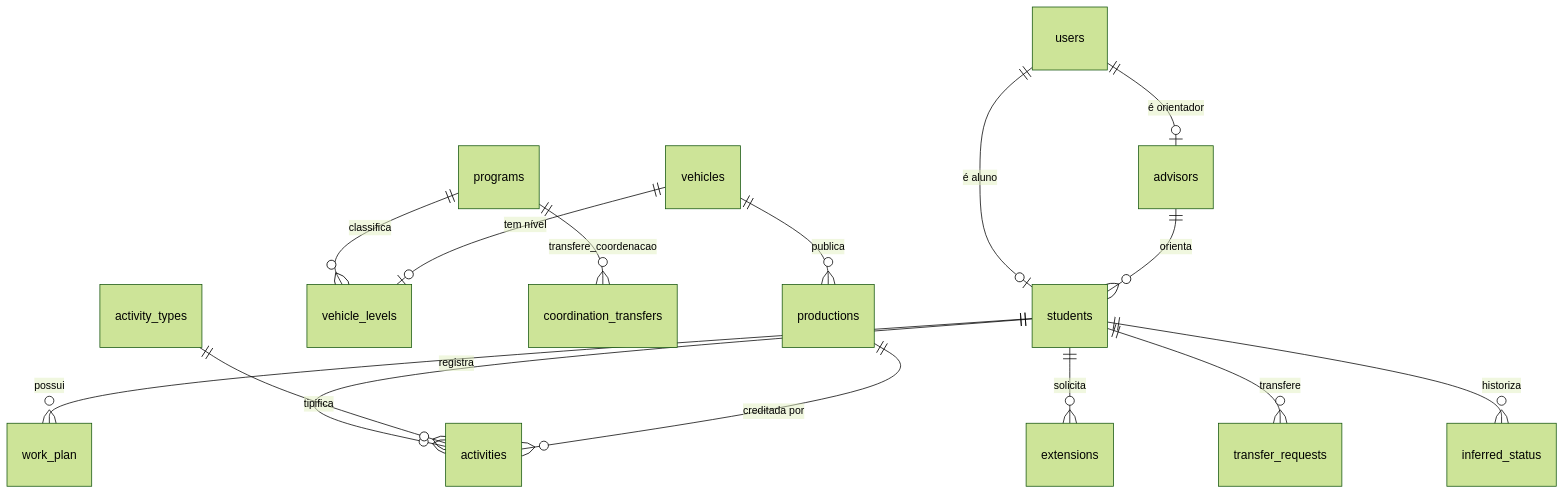
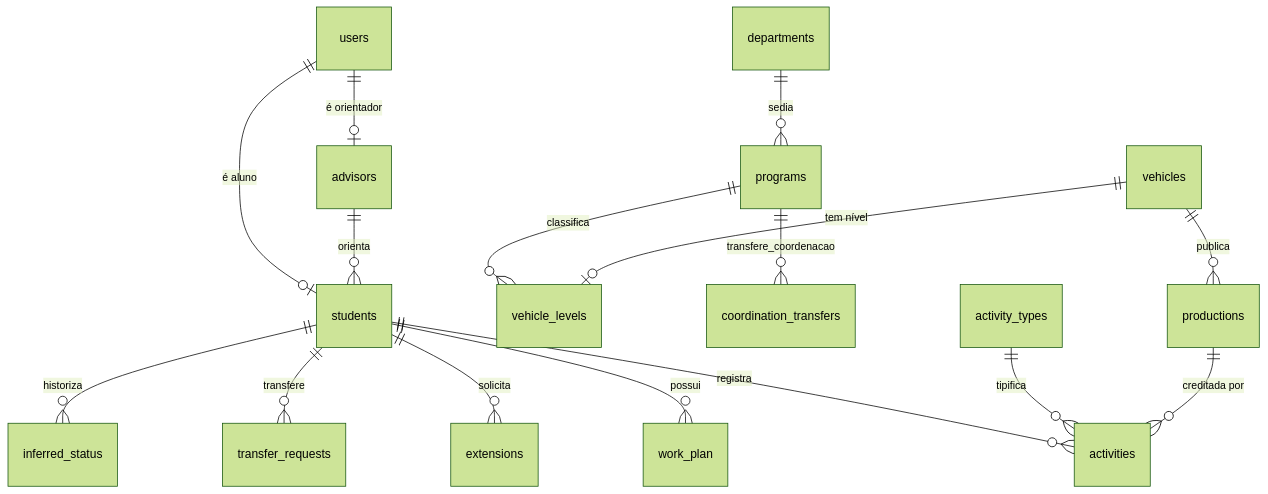
The first of 5 diagrams in docs/data-model.md (PPrauchner/SAGA-Sistema-de-Acompanhamento-e-Gestao-Academica), drawn with Mermaid (forest theme) before and after one commit. The commit also changed other lines of this file, not shown here.

First line of the commit message:
docs: documenta departments e departamento_id do programa

````diff
--- a/docs/data-model.md
+++ b/docs/data-model.md
@@ -65,17 +65,18 @@
 ```mermaid
 erDiagram
     users ||--o| students : "é aluno"
     users ||--o| advisors : "é orientador"
     advisors ||--o{ students : orienta
+    departments ||--o{ programs : sedia
     programs ||--o{ vehicle_levels : classifica
     vehicles ||--o| vehicle_levels : "tem nível"
     students ||--o{ work_plan : possui
     students ||--o{ activities : registra
     students ||--o{ extensions : solicita
     students ||--o{ transfer_requests : transfere
     students ||--o{ inferred_status : historiza
     programs ||--o{ coordination_transfers : transfere_coordenacao
     activity_types ||--o{ activities : tipifica
     productions ||--o{ activities : "creditada por"
     vehicles ||--o{ productions : publica
 ```
````
